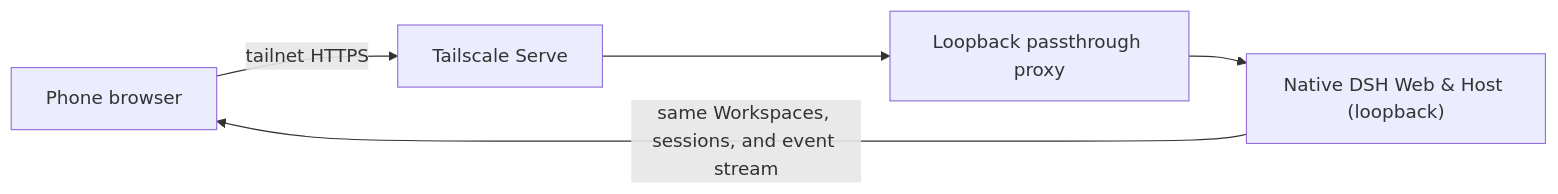
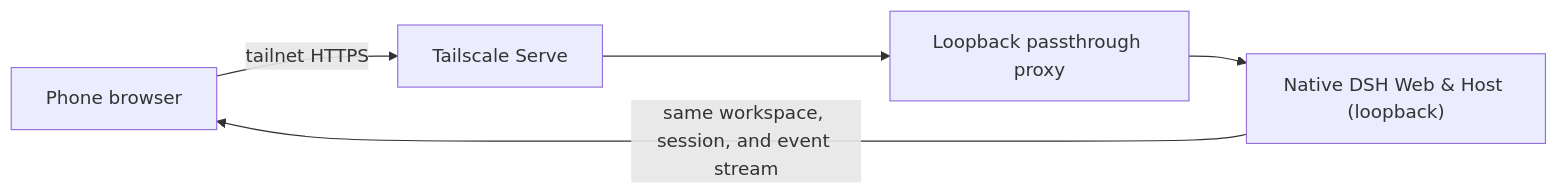
The diagram in README.en.md (qiushenjie/dsh-mobile-tailscale), drawn with Mermaid before and after one commit. The commit also changed other lines of this file and 17 other files, not shown here.

````diff
--- a/README.en.md
+++ b/README.en.md
@@ -64,7 +33,7 @@
 ```mermaid
 flowchart LR
   Phone["Phone browser"] -->|"tailnet HTTPS"| Serve["Tailscale Serve"]
   Serve --> Proxy["Loopback passthrough proxy"]
   Proxy --> DSH["Native DSH Web & Host (loopback)"]
-  DSH -->|"same Workspaces, sessions, and event stream"| Phone
+  DSH -->|"same workspace, session, and event stream"| Phone
 ```
````
